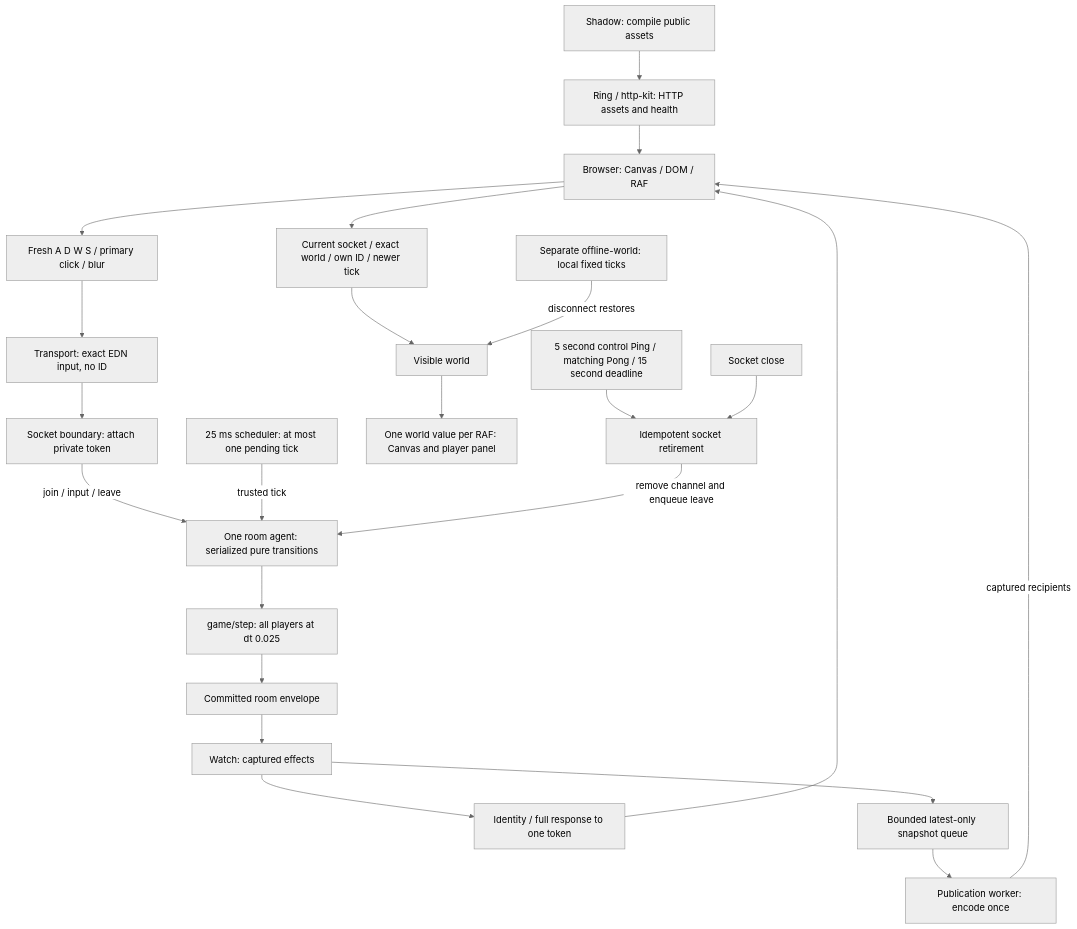
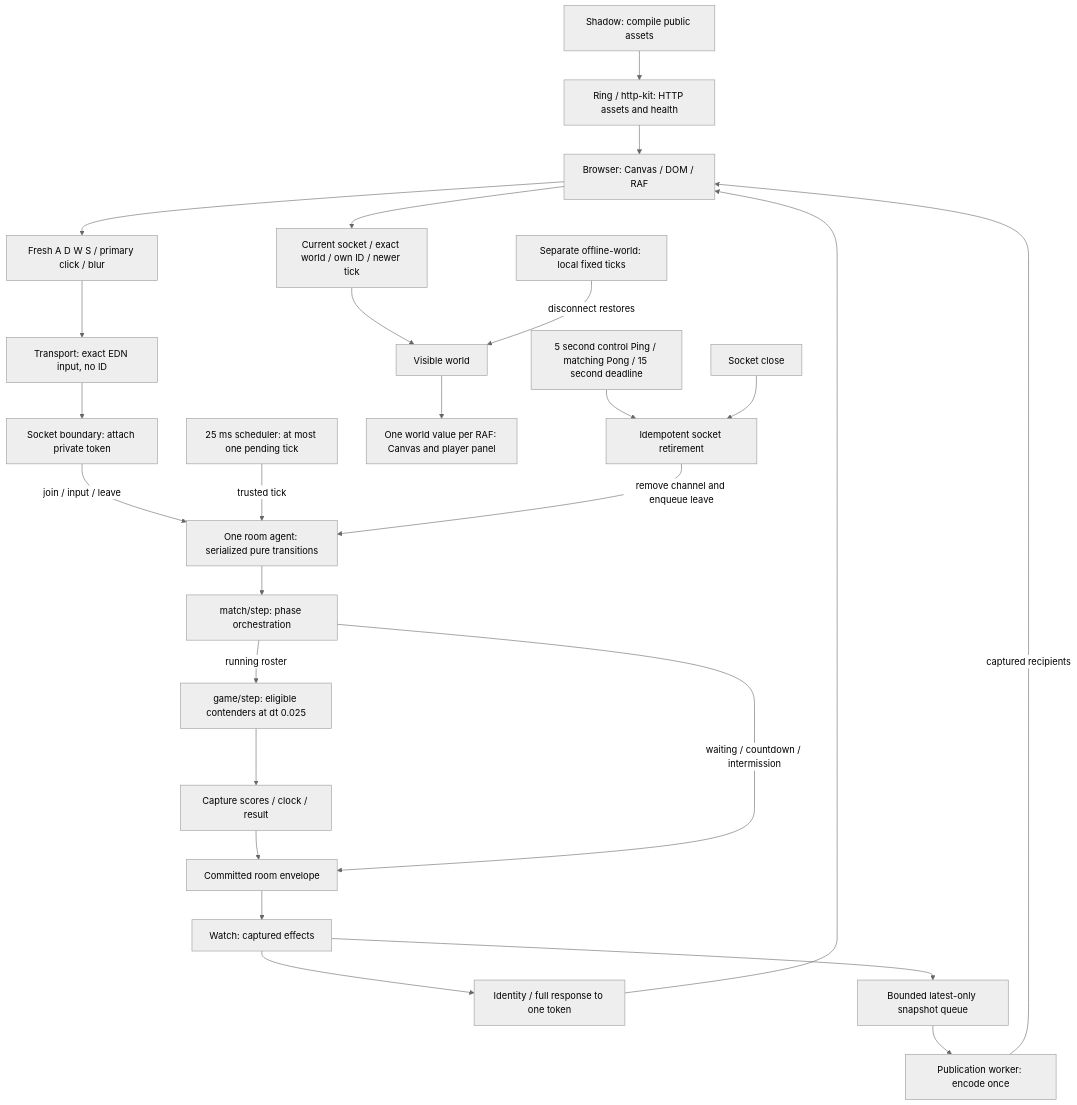
One commit to nowuX/clojure-arena changed the diagram in docs/architecture.md. Above: the diagram before and after it, drawn with Mermaid (neutral theme). The commit also changed other lines of this file and 13 other files, not shown here.

````diff
--- a/docs/architecture.md
+++ b/docs/architecture.md
@@ -12,25 +12,28 @@
 ```mermaid
 flowchart TD
     Build[Shadow: compile public assets] --> HTTP[Ring / http-kit: HTTP assets and health]
     HTTP --> Browser[Browser: Canvas / DOM / RAF]
     Browser --> Events[Fresh A D W S / primary click / blur]
     Events --> Transport[Transport: exact EDN input, no ID]
     Transport --> Socket[Socket boundary: attach private token]
     Socket -->|join / input / leave| Agent[One room agent: serialized pure transitions]
     Tick[25 ms scheduler: at most one pending tick] -->|trusted tick| Agent
-    Agent --> Step[game/step: all players at dt 0.025]
-    Step --> Commit[Committed room envelope]
+    Agent --> Match[match/step: phase orchestration]
+    Match -->|running roster| Step[game/step: eligible contenders at dt 0.025]
+    Step --> Resolve[Capture scores / clock / result]
+    Resolve --> Commit[Committed room envelope]
+    Match -->|waiting / countdown / intermission| Commit
     Commit --> Watch[Watch: captured effects]
     Watch --> Identity[Identity / full response to one token]
     Identity --> Browser
     Watch --> Queue[Bounded latest-only snapshot queue]
     Queue --> Worker[Publication worker: encode once]
     Worker -->|captured recipients| Browser
     Browser --> Validate[Current socket / exact world / own ID / newer tick]
     Validate --> Visible[Visible world]
     Visible --> Frame[One world value per RAF: Canvas and player panel]
     Heartbeat[5 second control Ping / matching Pong / 15 second deadline] --> Retire[Idempotent socket retirement]
     Close[Socket close] --> Retire
     Retire -->|remove channel and enqueue leave| Agent
     Offline[Separate offline-world: local fixed ticks] -->|disconnect restores| Visible
 ```
````
